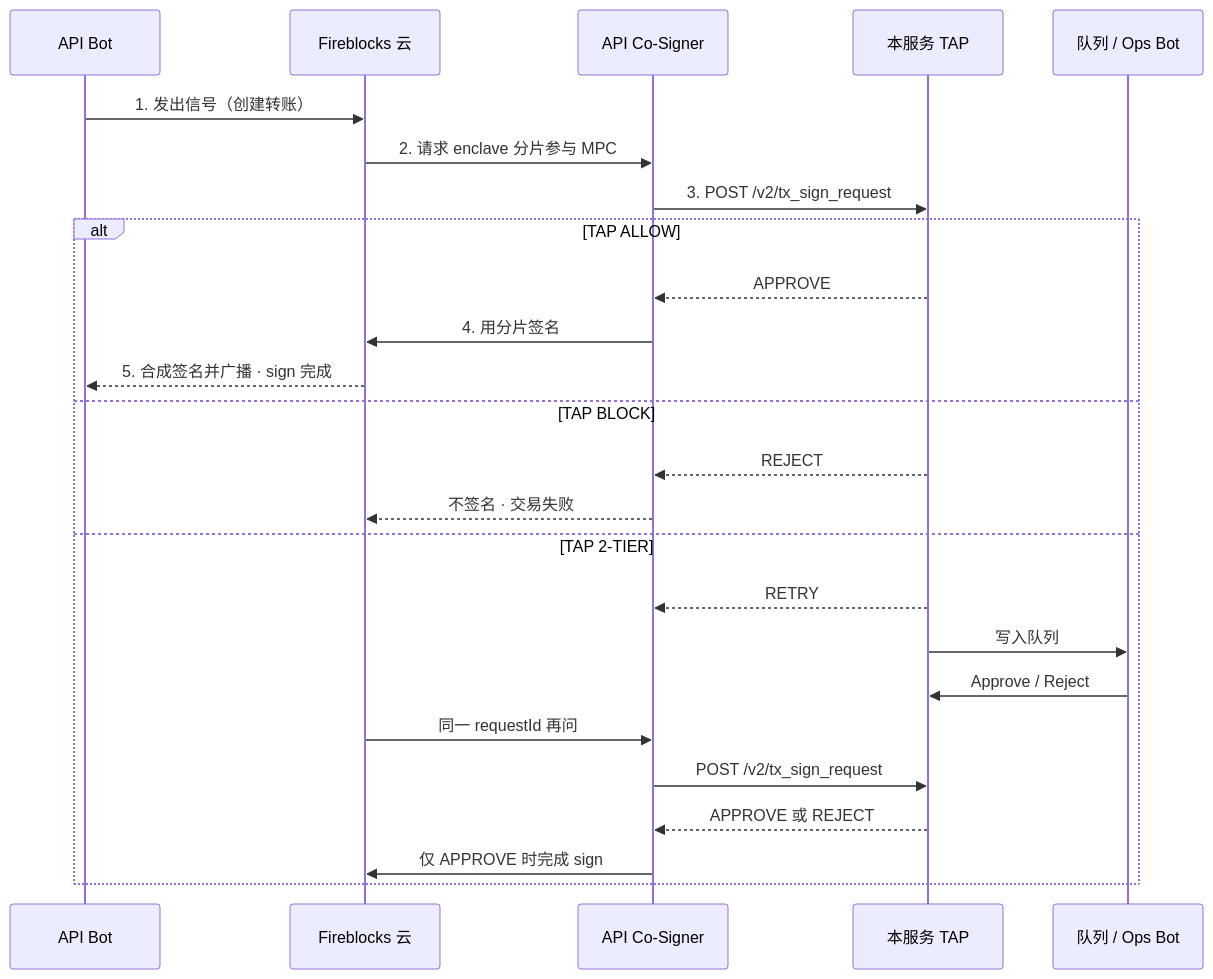
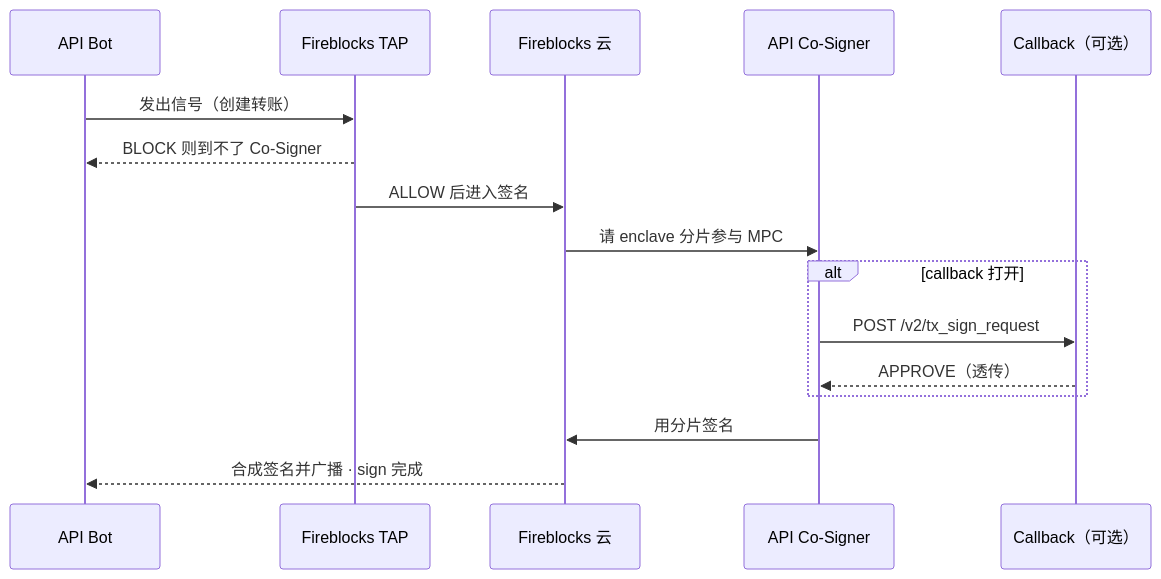
One commit to JellyCWenning/signet changed the diagram in README.md. Above: the diagram before and after it, drawn with Mermaid. The commit also changed other lines of this file and 16 other files, not shown here.

First line of the commit message:
Drop the local TAP and pass Fireblocks TAP through

````diff
--- a/README.md
+++ b/README.md
@@ -7,28 +9,19 @@
 ```mermaid
 sequenceDiagram
   participant Bot as API Bot
+  participant TAP as Fireblocks TAP
   participant FB as Fireblocks 云
   participant CS as API Co-Signer
-  participant TAP as 本服务 TAP
-  participant Ops as 队列 / Ops Bot
+  participant CB as Callback（可选）
 
-  Bot->>FB: 1. 发出信号（创建转账）
-  FB->>CS: 2. 请求 enclave 分片参与 MPC
-  CS->>TAP: 3. POST /v2/tx_sign_request
-  alt TAP ALLOW
-    TAP-->>CS: APPROVE
-    CS->>FB: 4. 用分片签名
-    FB-->>Bot: 5. 合成签名并广播 · sign 完成
-  else TAP BLOCK
-    TAP-->>CS: REJECT
-    CS-->>FB: 不签名 · 交易失败
-  else TAP 2-TIER
-    TAP-->>CS: RETRY
-    TAP->>Ops: 写入队列
-    Ops->>TAP: Approve / Reject
-    FB->>CS: 同一 requestId 再问
-    CS->>TAP: POST /v2/tx_sign_request
-    TAP-->>CS: APPROVE 或 REJECT
-    CS->>FB: 仅 APPROVE 时完成 sign
+  Bot->>TAP: 发出信号（创建转账）
+  TAP-->>Bot: BLOCK 则到不了 Co-Signer
+  TAP->>FB: ALLOW 后进入签名
+  FB->>CS: 请 enclave 分片参与 MPC
+  alt callback 打开
+    CS->>CB: POST /v2/tx_sign_request
+    CB-->>CS: APPROVE（透传）
   end
+  CS->>FB: 用分片签名
+  FB-->>Bot: 合成签名并广播 · sign 完成
 ```
````
